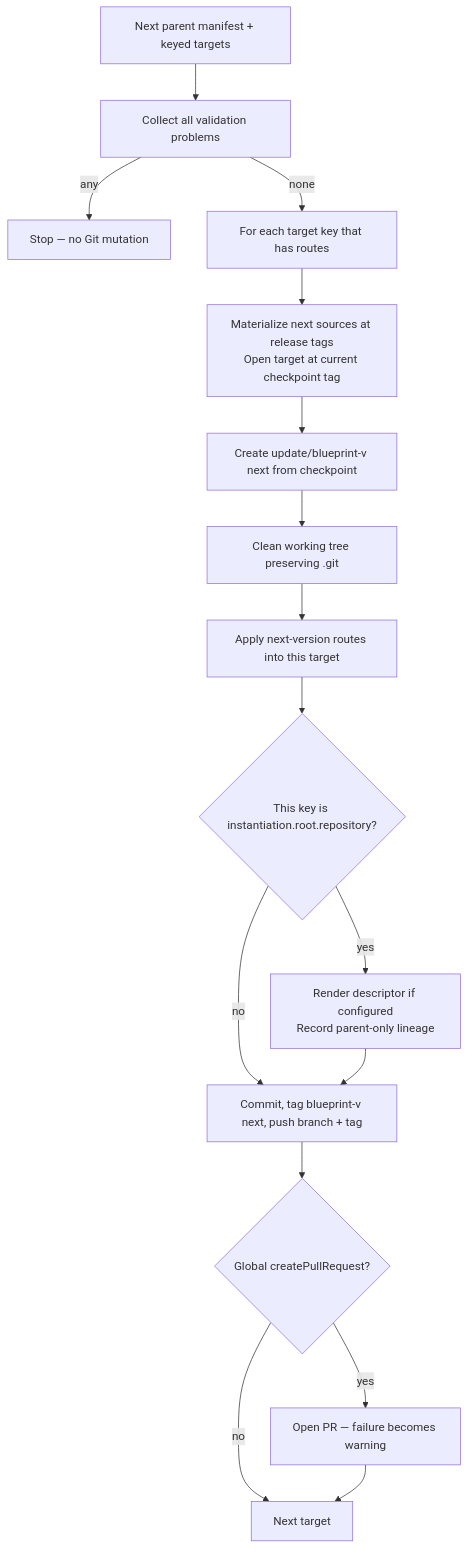
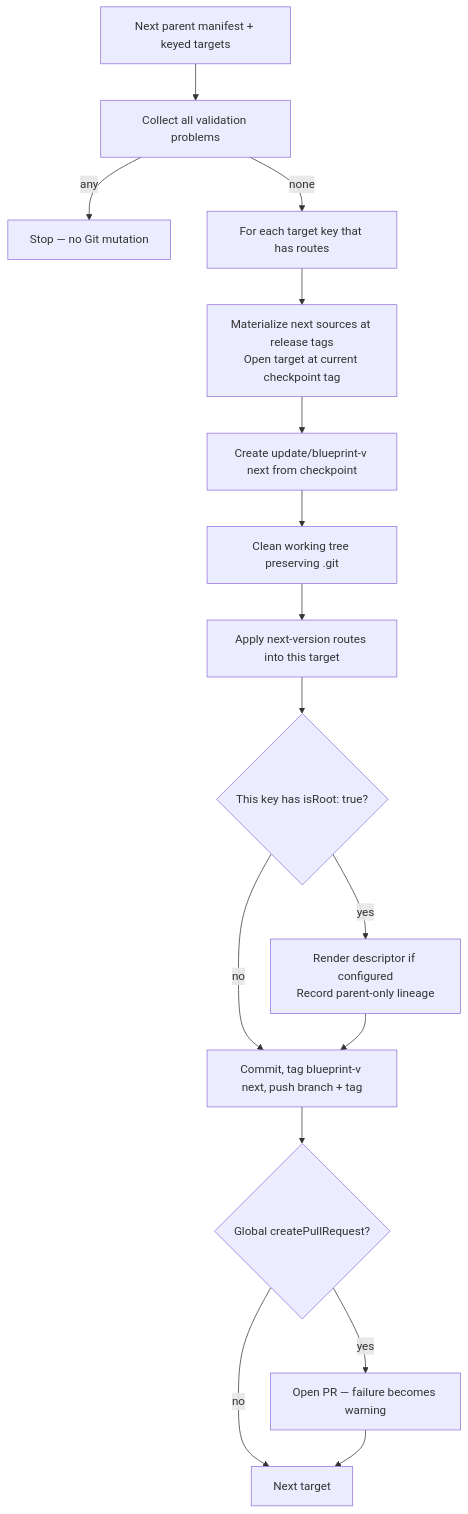
Before and after one commit to opendatamesh-initiative/odm-platform-pp-blueprint-server: the first of 3 diagrams in spdd/analysis/BDMD-4820-202608271040-[Analysis]-support-all-update-repository-scenarios.md, drawn with Mermaid. The commit also changed other lines of this file and 53 other files, not shown here.

First line of the commit message:
refactor: Align Blueprint Manifest and instantiation logic with updated repository specifications

````diff
--- a/spdd/analysis/BDMD-4820-202608271040-[Analysis]-support-all-update-repository-scenarios.md
+++ b/spdd/analysis/BDMD-4820-202608271040-[Analysis]-support-all-update-repository-scenarios.md
@@ -80,19 +82,19 @@
 ```mermaid
 flowchart TB
   start[Next parent manifest + keyed targets]
   start --> v[Collect all validation problems]
   v -->|any| stop[Stop — no Git mutation]
   v -->|none| loop[For each target key that has routes]
   loop --> clone[Materialize next sources at release tags<br/>Open target at current checkpoint tag]
   clone --> branch[Create update/blueprint-v next from checkpoint]
   branch --> clean[Clean working tree preserving .git]
   clean --> routes[Apply next-version routes into this target]
-  routes --> root{This key is instantiation.root.repository?}
+  routes --> root{This key has isRoot: true?}
   root -->|yes| lin[Render descriptor if configured<br/>Record parent-only lineage]
   root -->|no| commit
   lin --> commit[Commit, tag blueprint-v next, push branch + tag]
   commit --> pr{Global createPullRequest?}
   pr -->|yes| open[Open PR — failure becomes warning]
   pr -->|no| nextT[Next target]
   open --> nextT
 ```
````
